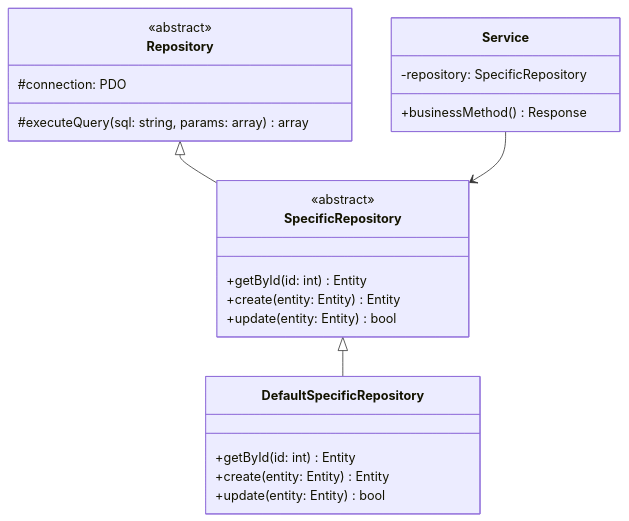
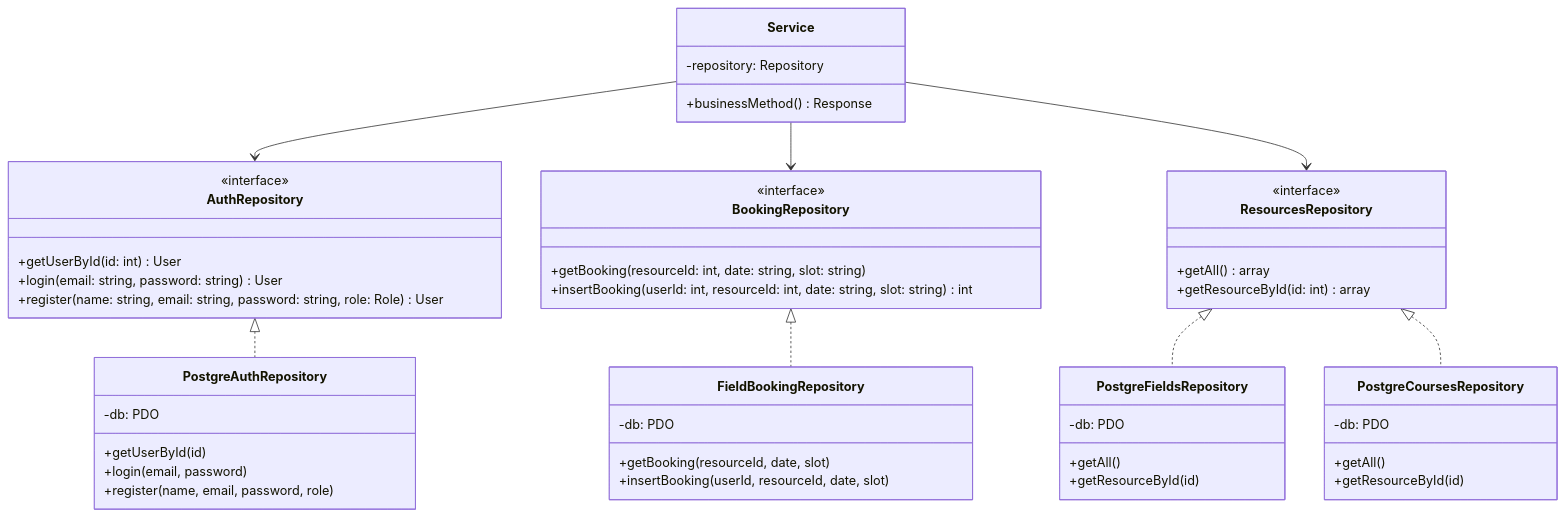
The first of 8 diagrams in consegna docu/design_pattern/backend.md (mb4dev/progetto-prova), drawn with Mermaid before and after one commit. The commit also changed other lines of this file and 6 other files, not shown here.

````diff
--- a/consegna docu/design_pattern/backend.md
+++ b/consegna docu/design_pattern/backend.md
@@ -14,30 +14,59 @@
 ```mermaid
 classDiagram
-class Repository {
-    <<abstract>>
-    #connection: PDO
-    #executeQuery(sql: string, params: array) array
+class AuthRepository {
+    <<interface>>
+    +getUserById(id: int) User
+    +login(email: string, password: string) User
+    +register(name: string, email: string, password: string, role: Role) User
 }
 
-class SpecificRepository {
-    <<abstract>>
-    +getById(id: int) Entity
-    +create(entity: Entity) Entity
-    +update(entity: Entity) bool
+class BookingRepository {
+    <<interface>>
+    +getBooking(resourceId: int, date: string, slot: string)
+    +insertBooking(userId: int, resourceId: int, date: string, slot: string) int
 }
 
-class DefaultSpecificRepository {
-    +getById(id: int) Entity
-    +create(entity: Entity) Entity
-    +update(entity: Entity) bool
+class ResourcesRepository {
+    <<interface>>
+    +getAll() array
+    +getResourceById(id: int) array
+}
+
+class PostgreAuthRepository {
+    -db: PDO
+    +getUserById(id)
+    +login(email, password)
+    +register(name, email, password, role)
+}
+
+class FieldBookingRepository {
+    -db: PDO
+    +getBooking(resourceId, date, slot)
+    +insertBooking(userId, resourceId, date, slot)
+}
+
+class PostgreFieldsRepository {
+    -db: PDO
+    +getAll()
+    +getResourceById(id)
+}
+
+class PostgreCoursesRepository {
+    -db: PDO
+    +getAll()
+    +getResourceById(id)
 }
 
 class Service {
-    -repository: SpecificRepository
+    -repository: Repository
     +businessMethod() Response
 }
 
-Repository <|-- SpecificRepository
-SpecificRepository <|-- DefaultSpecificRepository
-Service --> SpecificRepository
+AuthRepository <|.. PostgreAuthRepository
+BookingRepository <|.. FieldBookingRepository
+ResourcesRepository <|.. PostgreFieldsRepository
+ResourcesRepository <|.. PostgreCoursesRepository
+Service --> AuthRepository
+Service --> BookingRepository
+Service --> ResourcesRepository
 ```
````
